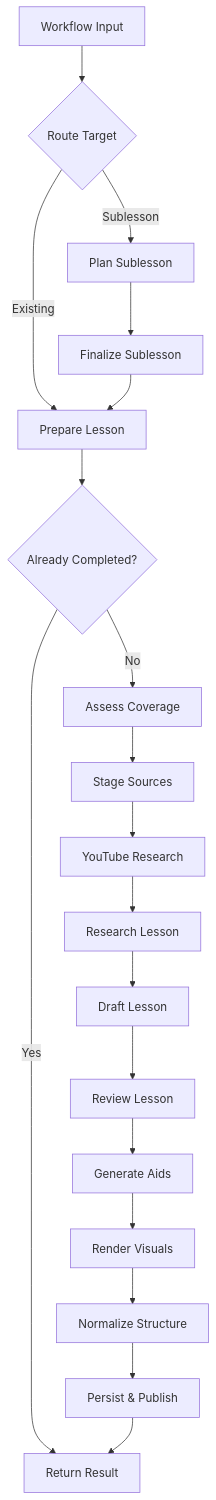
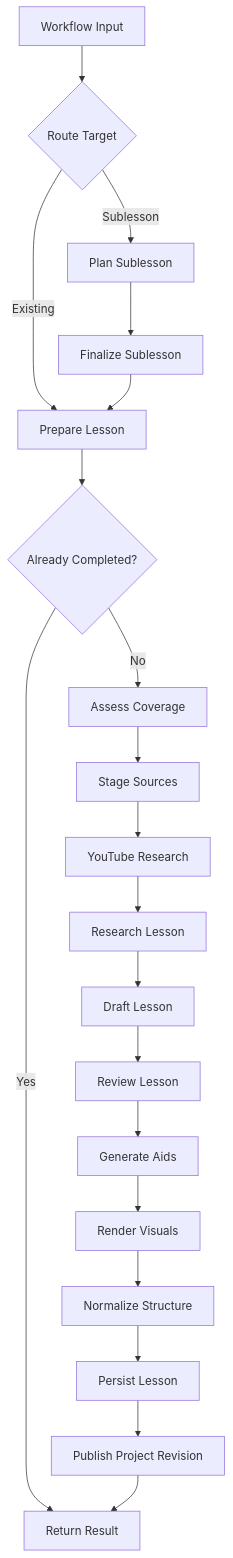
One commit to immagiov4/Nous changed the first of 2 diagrams in .cubic/wiki/03-section-features/02-p-lesson-gen.md. Above: the diagram before and after it, drawn with Mermaid. The commit also changed other lines of this file, not shown here.

Commit message:
Document lesson corrective retry lifecycle

````diff
--- a/.cubic/wiki/03-section-features/02-p-lesson-gen.md
+++ b/.cubic/wiki/03-section-features/02-p-lesson-gen.md
@@ -31,24 +34,25 @@
 ```mermaid
 flowchart TD
     Start[Workflow Input] --> RouteTarget{Route Target}
     RouteTarget -->|Existing| Prepare[Prepare Lesson]
     RouteTarget -->|Sublesson| PlanSub[Plan Sublesson]
     
     PlanSub --> FinalizeSub[Finalize Sublesson]
     FinalizeSub --> Prepare
     
     Prepare --> RoutePrepared{Already Completed?}
     RoutePrepared -->|Yes| End[Return Result]
     RoutePrepared -->|No| Coverage[Assess Coverage]
     
     Coverage --> Sources[Stage Sources]
     Sources --> YTResearch[YouTube Research]
     YTResearch --> Research[Research Lesson]
     Research --> Draft[Draft Lesson]
     Draft --> Review[Review Lesson]
     Review --> Aids[Generate Aids]
     Aids --> Visuals[Render Visuals]
     Visuals --> Normalize[Normalize Structure]
-    Normalize --> Persist[Persist & Publish]
-    Persist --> End
+    Normalize --> Persist[Persist Lesson]
+    Persist --> Publish[Publish Project Revision]
+    Publish --> End
 ```
````
